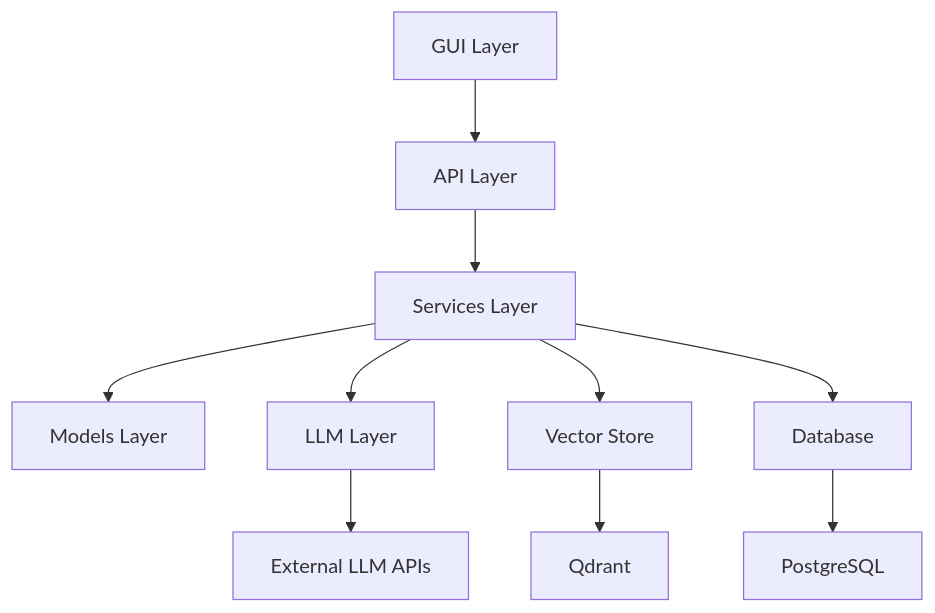
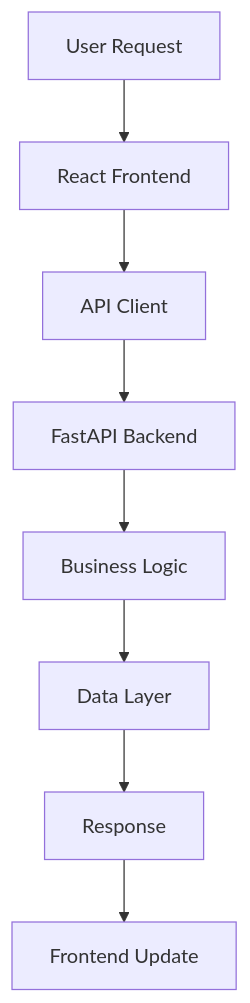
Before and after one commit to andrey00790/dev_exp_ai: the first of 4 diagrams in docs/architecture/ARCHITECTURE.md, drawn with Mermaid. The commit also changed other lines of this file and 10195 other files, not shown here.

````diff
--- a/docs/architecture/ARCHITECTURE.md
+++ b/docs/architecture/ARCHITECTURE.md
@@ -82,12 +292,10 @@
 ```mermaid
 graph TD
-    A[API Layer] --> B[Services Layer]
-    B --> C[Models Layer]
-    B --> D[LLM Layer]
-    B --> E[Vector Store]
-    B --> F[Database]
-    D --> G[External LLM APIs]
-    E --> H[Qdrant]
-    F --> I[PostgreSQL]
-    J[GUI Layer] --> A
+    A[User Request] --> B[React Frontend]
+    B --> C[API Client]
+    C --> D[FastAPI Backend]
+    D --> E[Business Logic]
+    E --> F[Data Layer]
+    F --> G[Response]
+    G --> H[Frontend Update]
 ```
````
